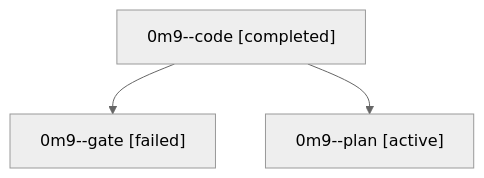
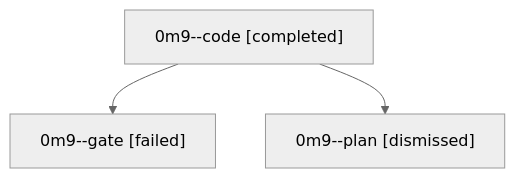
Before and after one commit to bobs-org/bob-cli--agents: the diagram in sessions/bbugyi200.athena.0m9.md, drawn with Mermaid (neutral theme). The commit also changed other lines of this file and 33 other files, not shown here.

````diff
--- a/sessions/bbugyi200.athena.0m9.md
+++ b/sessions/bbugyi200.athena.0m9.md
@@ -9,8 +9,8 @@
 ```mermaid
 flowchart TD
   n0["0m9--code [completed]"]
   n1["0m9--gate [failed]"]
   n0 --> n1
-  n2["0m9--plan [active]"]
+  n2["0m9--plan [dismissed]"]
   n0 --> n2
 ```
````
